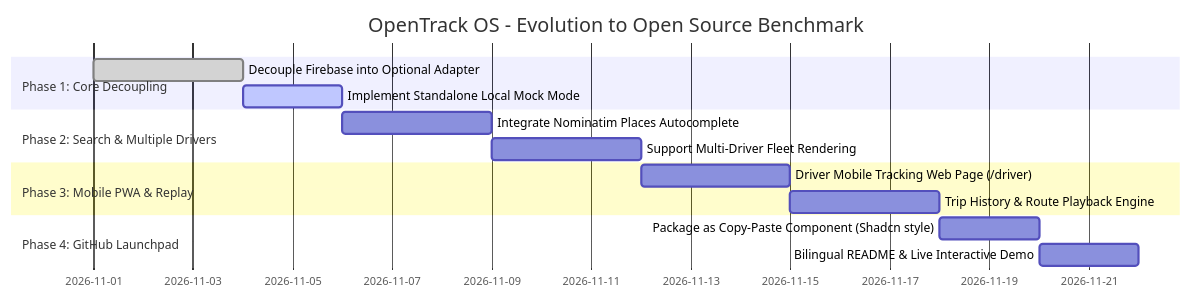
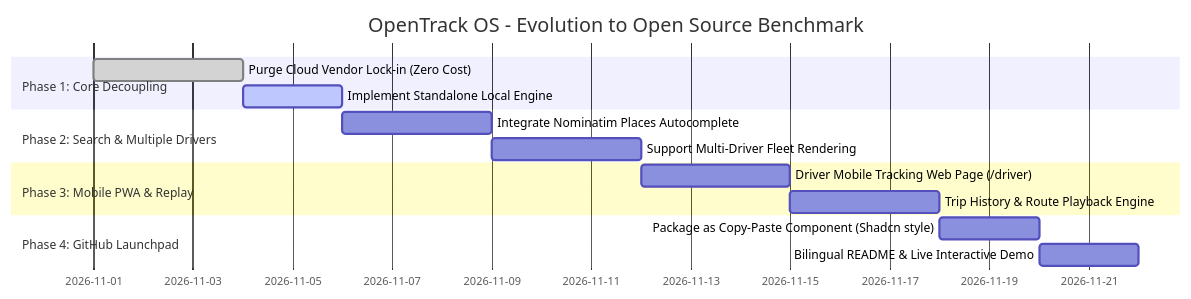
One commit to mohamed-khairy-5i/opentrack-os changed the sixth of 6 diagrams in ARCHITECTURE_ROADMAP.md. Above: the diagram before and after it, drawn with Mermaid. The commit also changed other lines of this file and 10 other files, not shown here.

Commit message:
chore: purge firebase dependencies, isolate local guide, and activate zero-cost PWA telemetry

````diff
--- a/ARCHITECTURE_ROADMAP.md
+++ b/ARCHITECTURE_ROADMAP.md
@@ -153,17 +153,17 @@
 ```mermaid
 gantt
     title OpenTrack OS - Evolution to Open Source Benchmark
     dateFormat  YYYY-MM-DD
     section Phase 1: Core Decoupling
-    Decouple Firebase into Optional Adapter   :done, p1_1, 2026-11-01, 3d
-    Implement Standalone Local Mock Mode     :active, p1_2, after p1_1, 2d
+    Purge Cloud Vendor Lock-in (Zero Cost)    :done, p1_1, 2026-11-01, 3d
+    Implement Standalone Local Engine         :active, p1_2, after p1_1, 2d
     section Phase 2: Search & Multiple Drivers
     Integrate Nominatim Places Autocomplete   :p2_1, after p1_2, 3d
     Support Multi-Driver Fleet Rendering      :p2_2, after p2_1, 3d
     section Phase 3: Mobile PWA & Replay
     Driver Mobile Tracking Web Page (/driver) :p3_1, after p2_2, 3d
     Trip History & Route Playback Engine      :p3_2, after p3_1, 3d
     section Phase 4: GitHub Launchpad
     Package as Copy-Paste Component (Shadcn style): p4_1, after p3_2, 2d
     Bilingual README & Live Interactive Demo  :p4_2, after p4_1, 2d
 ```
````
